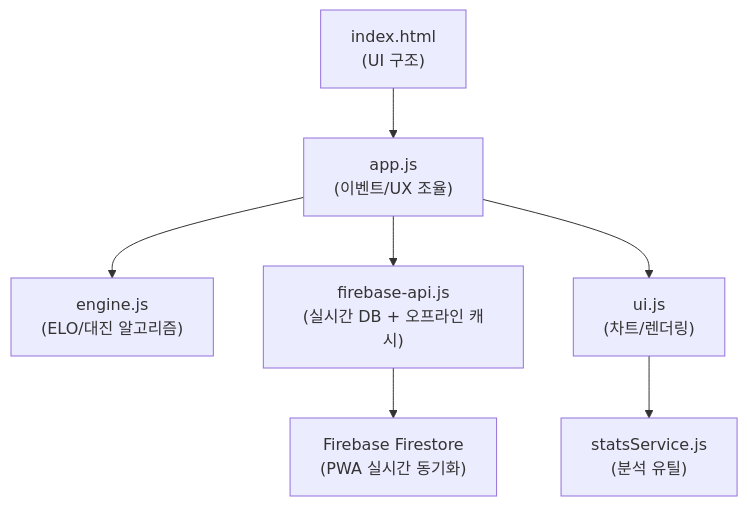
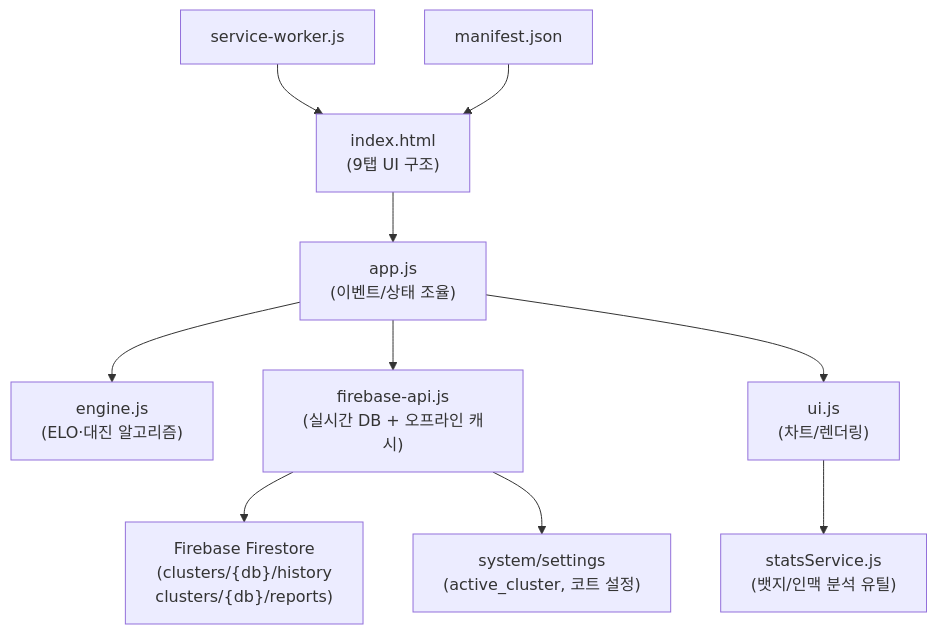
The diagram in ace_system_overview.md (love2nina/Ace-Ranking-System), drawn with Mermaid before and after one commit. The commit also changed other lines of this file and 8 other files, not shown here.

````diff
--- a/ace_system_overview.md
+++ b/ace_system_overview.md
@@ -24,9 +27,12 @@
 ```mermaid
 graph TD
-    A["index.html<br/>(UI 구조)"] --> B["app.js<br/>(이벤트/UX 조율)"]
-    B --> C["engine.js<br/>(ELO/대진 알고리즘)"]
+    A["index.html<br/>(9탭 UI 구조)"] --> B["app.js<br/>(이벤트/상태 조율)"]
+    B --> C["engine.js<br/>(ELO·대진 알고리즘)"]
     B --> D["firebase-api.js<br/>(실시간 DB + 오프라인 캐시)"]
     B --> E["ui.js<br/>(차트/렌더링)"]
-    E --> F["statsService.js<br/>(분석 유틸)"]
-    D --> G["Firebase Firestore<br/>(PWA 실시간 동기화)"]
+    E --> F["statsService.js<br/>(뱃지/인맥 분석 유틸)"]
+    D --> G["Firebase Firestore<br/>(clusters/{db}/history<br/>clusters/{db}/reports)"]
+    D --> H["system/settings<br/>(active_cluster, 코트 설정)"]
+    I["service-worker.js"] --> A
+    J["manifest.json"] --> A
 ```
````
